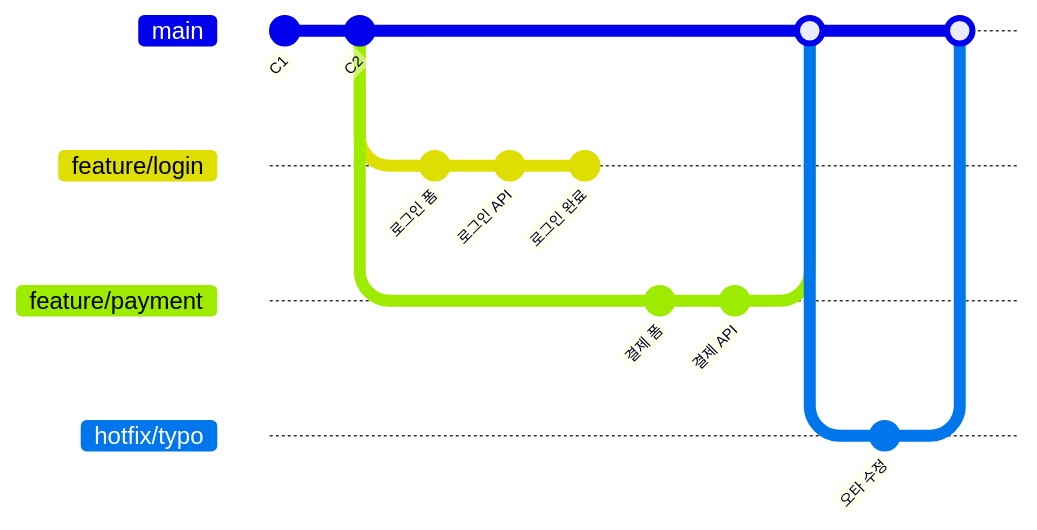
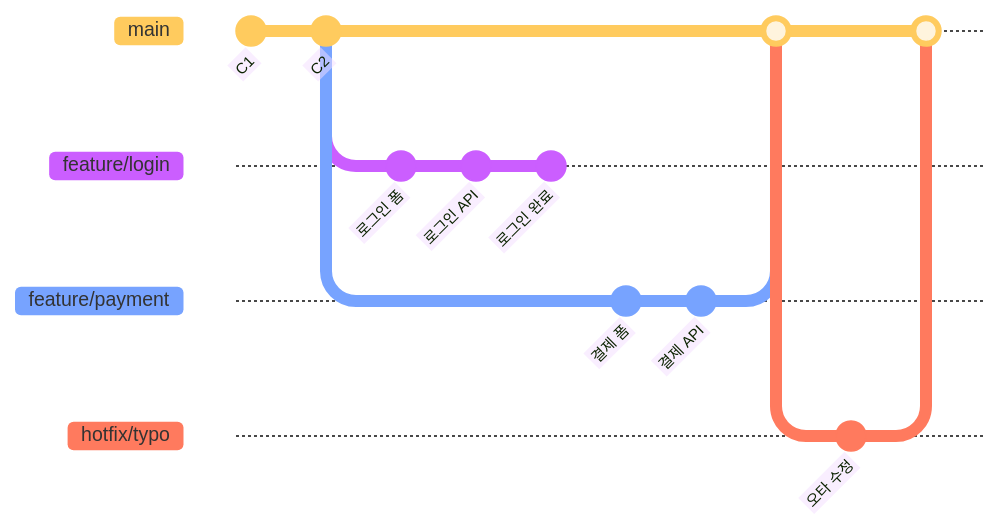
One commit to jingu279/Document changed the diagram in git/01_서론/02_왜_Git을_사용하는가.md. Above: the diagram before and after it, drawn with Mermaid. The commit also changed 24 other files, not shown here.

First line of the commit message:
Git 문서 전체 Mermaid 다이어그램 스타일링 통일

````diff
--- a/git/01_서론/02_왜_Git을_사용하는가.md
+++ b/git/01_서론/02_왜_Git을_사용하는가.md
@@ -49,23 +49,24 @@
 ```mermaid
+%%{init: {'theme': 'base', 'themeVariables': {'fontSize': '13px'}}}%%
 gitGraph
    commit id: "C1"
    commit id: "C2"
    branch feature/login
    checkout feature/login
    commit id: "로그인 폼"
    commit id: "로그인 API"
    commit id: "로그인 완료"
    checkout main
    branch feature/payment
    checkout feature/payment
    commit id: "결제 폼"
    commit id: "결제 API"
    checkout main
    merge feature/payment
    checkout main
    branch hotfix/typo
    checkout hotfix/typo
    commit id: "오타 수정"
    checkout main
    merge hotfix/typo
 ```
````
